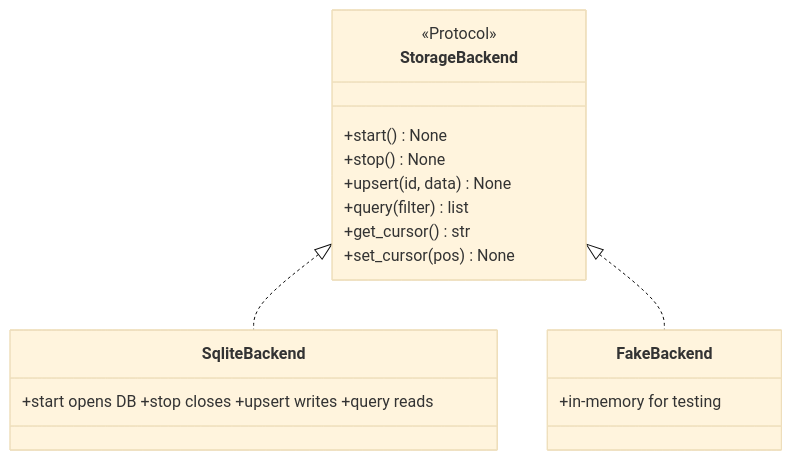
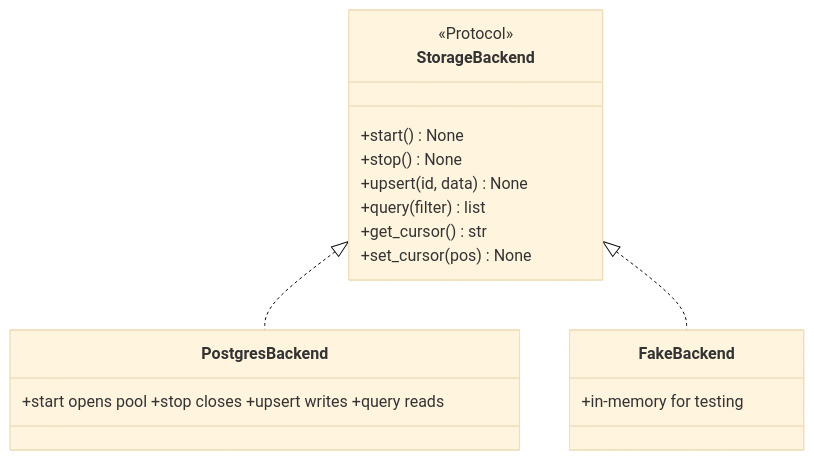
One commit to joshuamschultz/Arc changed the sixth of 11 diagrams in docs/building/implementation-guides.md. Above: the diagram before and after it, drawn with Mermaid (base theme). The commit also changed 16 other files, not shown here.

````diff
--- a/docs/building/implementation-guides.md
+++ b/docs/building/implementation-guides.md
@@ -371,16 +371,16 @@
 ```mermaid
 classDiagram
     class StorageBackend {
         <<Protocol>>
         +start() None
         +stop() None
         +upsert(id, data) None
         +query(filter) list
         +get_cursor() str
         +set_cursor(pos) None
     }
-    class SqliteBackend { +start opens DB +stop closes +upsert writes +query reads }
+    class PostgresBackend { +start opens pool +stop closes +upsert writes +query reads }
     class FakeBackend { +in-memory for testing }
-    StorageBackend <|.. SqliteBackend
+    StorageBackend <|.. PostgresBackend
     StorageBackend <|.. FakeBackend
 ```
````
